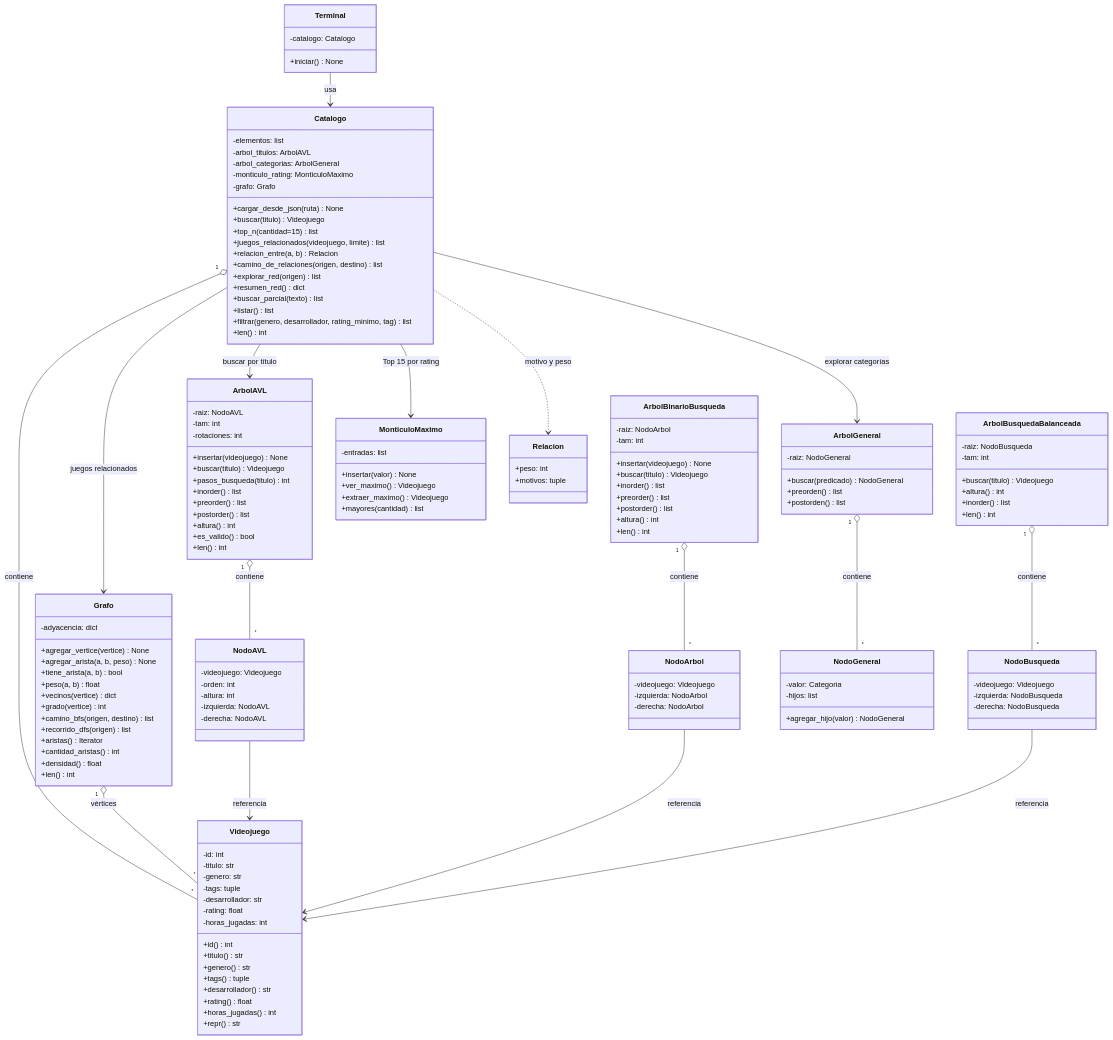
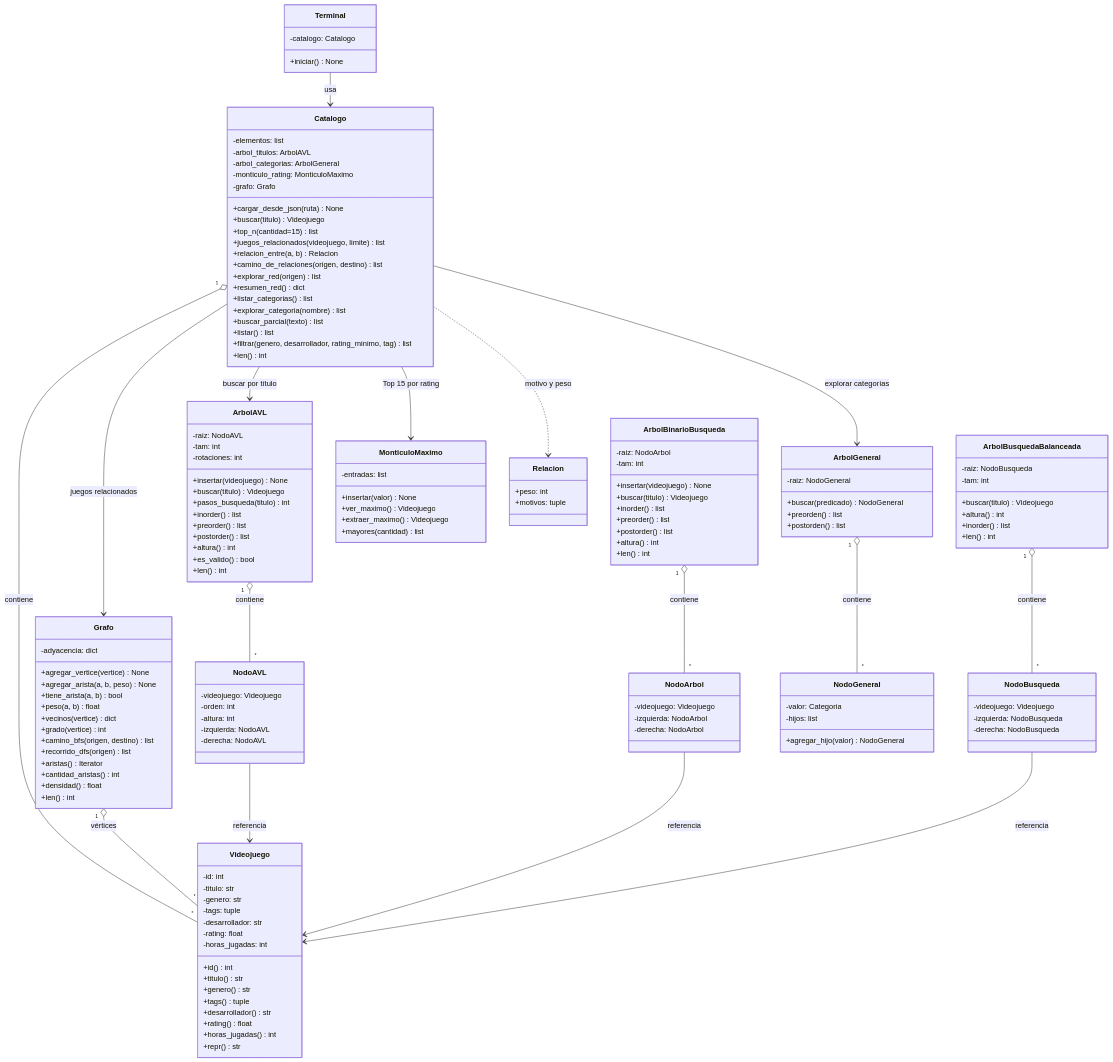
The diagram in docs/03_diagrama_clases.md (Dasein369/tpi_edd2026_recomendador), drawn with Mermaid before and after one commit. The commit also changed other lines of this file, not shown here.

Commit message:
docs: completar operaciones del catálogo en el diagrama

```diff
--- a/docs/03_diagrama_clases.md
+++ b/docs/03_diagrama_clases.md
@@ -37,6 +37,8 @@
         +camino_de_relaciones(origen, destino) list
         +explorar_red(origen) list
         +resumen_red() dict
+        +listar_categorias() list
+        +explorar_categoria(nombre) list
         +buscar_parcial(texto) list
         +listar() list
         +filtrar(genero, desarrollador, rating_minimo, tag) list
```
